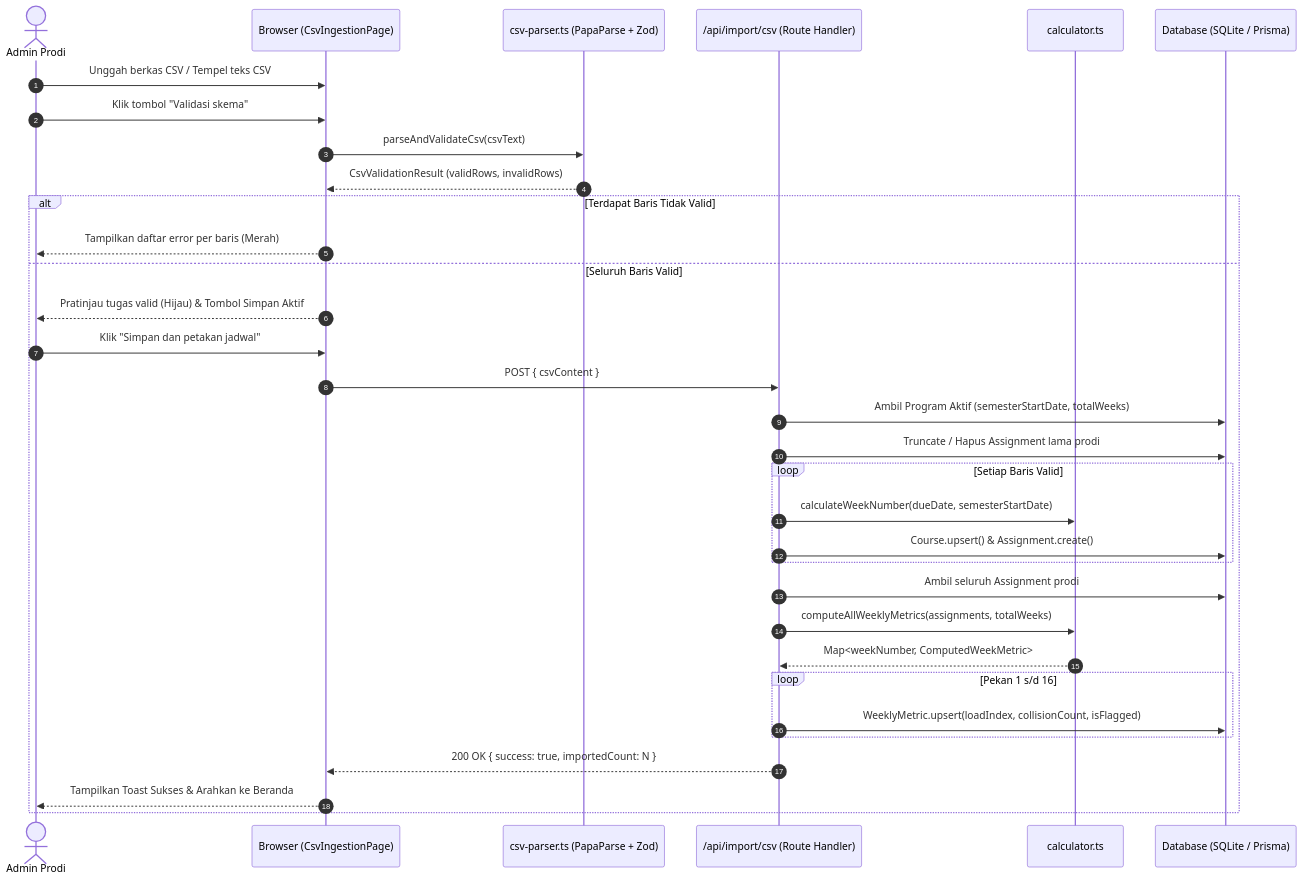
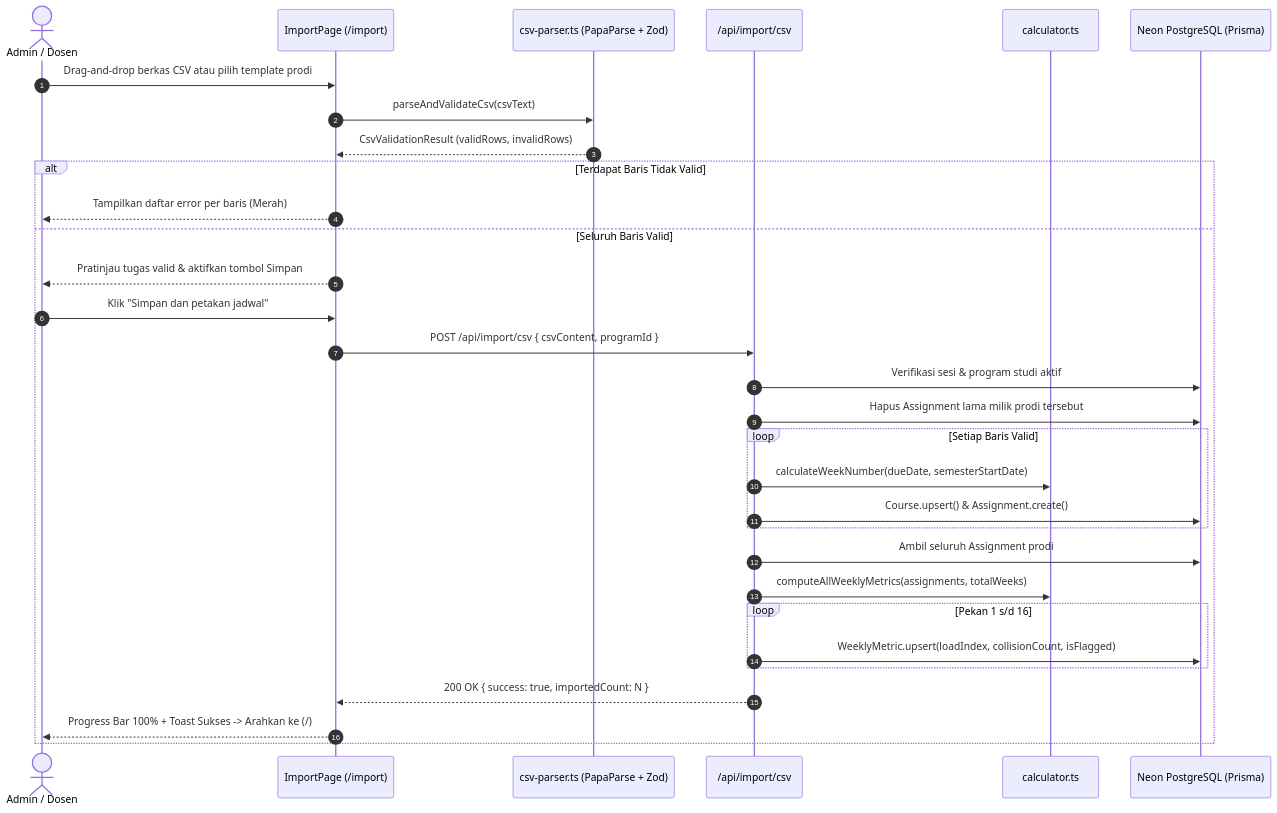
One commit to FayruzAldi/CollisionWeek changed the fifth of 10 diagrams in PROJECT_FLOW.md. Above: the diagram before and after it, drawn with Mermaid. The commit also changed other lines of this file and 125 other files, not shown here.

````diff
--- a/PROJECT_FLOW.md
+++ b/PROJECT_FLOW.md
@@ -151,37 +160,35 @@
 ```mermaid
 sequenceDiagram
     autonumber
-    actor Admin as Admin Prodi
-    participant UI as Browser (CsvIngestionPage)
+    actor User as Admin / Dosen
+    participant UI as ImportPage (/import)
     participant Parser as csv-parser.ts (PapaParse + Zod)
-    participant API as /api/import/csv (Route Handler)
+    participant API as /api/import/csv
     participant Calc as calculator.ts
-    participant DB as Database (SQLite / Prisma)
+    participant DB as Neon PostgreSQL (Prisma)
 
-    Admin->>UI: Unggah berkas CSV / Tempel teks CSV
-    Admin->>UI: Klik tombol "Validasi skema"
+    User->>UI: Drag-and-drop berkas CSV atau pilih template prodi
     UI->>Parser: parseAndValidateCsv(csvText)
     Parser-->>UI: CsvValidationResult (validRows, invalidRows)
-    
+
     alt Terdapat Baris Tidak Valid
-        UI-->>Admin: Tampilkan daftar error per baris (Merah)
+        UI-->>User: Tampilkan daftar error per baris (Merah)
     else Seluruh Baris Valid
-        UI-->>Admin: Pratinjau tugas valid (Hijau) & Tombol Simpan Aktif
-        Admin->>UI: Klik "Simpan dan petakan jadwal"
-        UI->>API: POST { csvContent }
-        API->>DB: Ambil Program Aktif (semesterStartDate, totalWeeks)
-        API->>DB: Truncate / Hapus Assignment lama prodi
+        UI-->>User: Pratinjau tugas valid & aktifkan tombol Simpan
+        User->>UI: Klik "Simpan dan petakan jadwal"
+        UI->>API: POST /api/import/csv { csvContent, programId }
+        API->>DB: Verifikasi sesi & program studi aktif
+        API->>DB: Hapus Assignment lama milik prodi tersebut
         loop Setiap Baris Valid
             API->>Calc: calculateWeekNumber(dueDate, semesterStartDate)
             API->>DB: Course.upsert() & Assignment.create()
         end
         API->>DB: Ambil seluruh Assignment prodi
         API->>Calc: computeAllWeeklyMetrics(assignments, totalWeeks)
-        Calc-->>API: Map<weekNumber, ComputedWeekMetric>
         loop Pekan 1 s/d 16
             API->>DB: WeeklyMetric.upsert(loadIndex, collisionCount, isFlagged)
         end
         API-->>UI: 200 OK { success: true, importedCount: N }
-        UI-->>Admin: Tampilkan Toast Sukses & Arahkan ke Beranda
+        UI-->>User: Progress Bar 100% + Toast Sukses -> Arahkan ke (/)
     end
 ```
````
